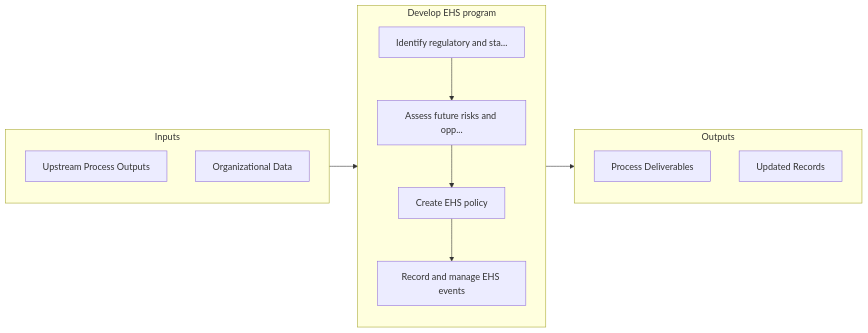
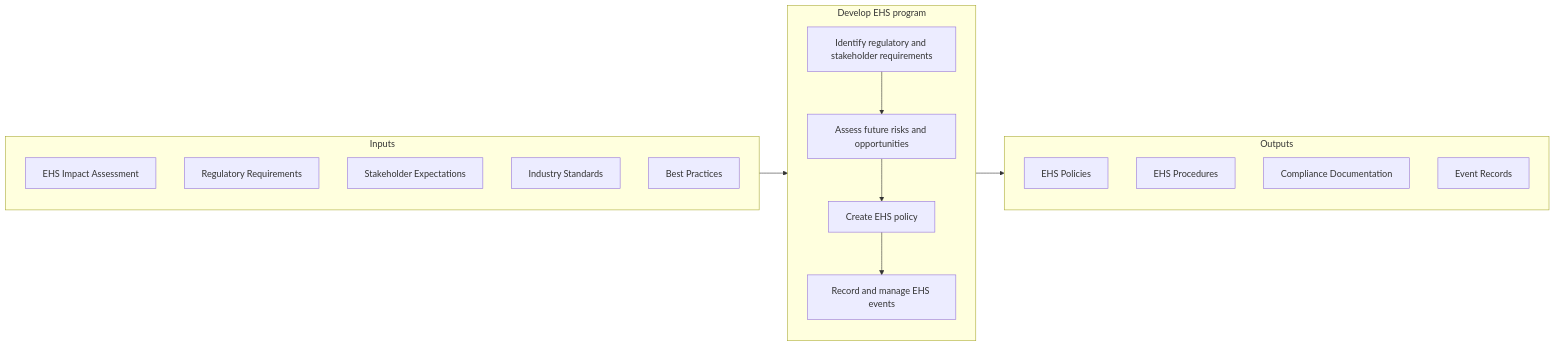
Before and after one commit to kziemski/business.org.ai: the second of 2 diagrams in processes/13-Capabilities/13.8.2-DevelopEHSProgram/index.mdx, drawn with Mermaid. The commit also changed other lines of this file and 885 other files, not shown here.

````diff
--- a/processes/13-Capabilities/13.8.2-DevelopEHSProgram/index.mdx
+++ b/processes/13-Capabilities/13.8.2-DevelopEHSProgram/index.mdx
@@ -61,24 +64,29 @@
 ```mermaid
 flowchart LR
     subgraph Inputs["Inputs"]
-        I1["Upstream Process Outputs"]
-        I2["Organizational Data"]
+        I1["EHS Impact Assessment"]
+        I2["Regulatory Requirements"]
+        I3["Stakeholder Expectations"]
+        I4["Industry Standards"]
+        I5["Best Practices"]
     end
 
     subgraph Process["Develop EHS program"]
-        S1["Identify regulatory and sta..."]
-        S2["Assess future risks and opp..."]
+        S1["Identify regulatory and stakeholder requirements"]
+        S2["Assess future risks and opportunities"]
         S3["Create EHS policy"]
         S4["Record and manage EHS events"]
     end
 
     subgraph Outputs["Outputs"]
-        O1["Process Deliverables"]
-        O2["Updated Records"]
+        O1["EHS Policies"]
+        O2["EHS Procedures"]
+        O3["Compliance Documentation"]
+        O4["Event Records"]
     end
 
     Inputs --> Process --> Outputs
     S1 --> S2
     S2 --> S3
     S3 --> S4
 ```
````
